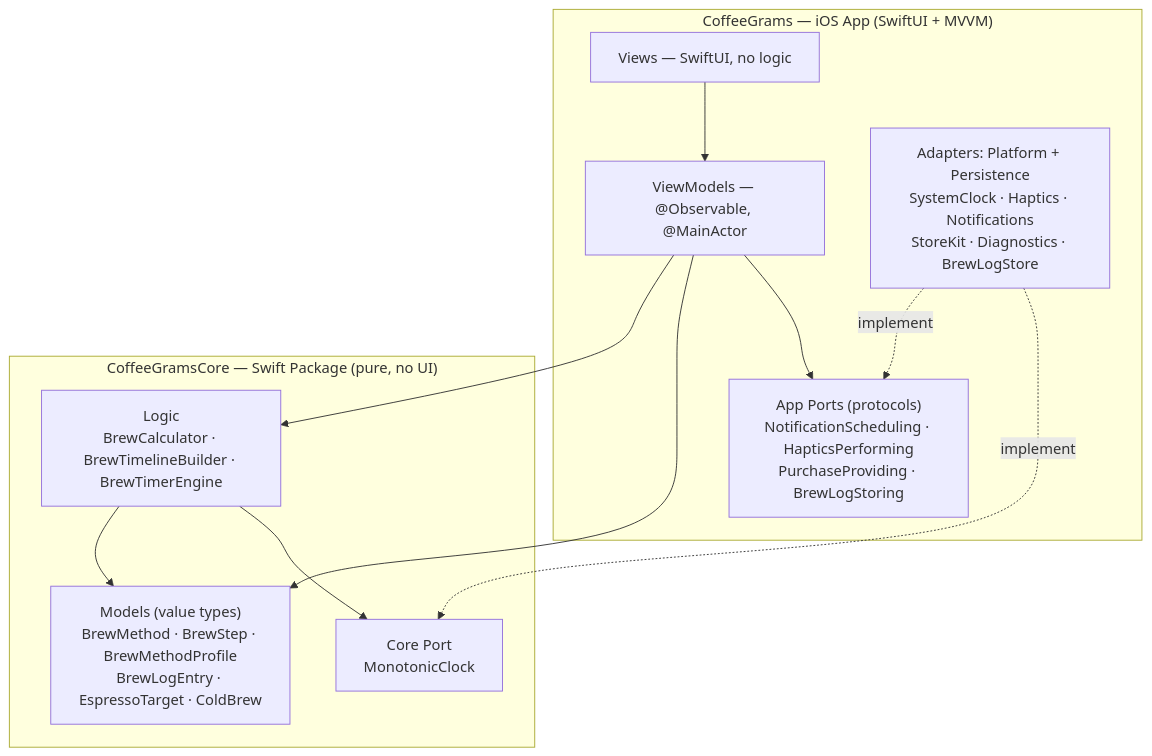
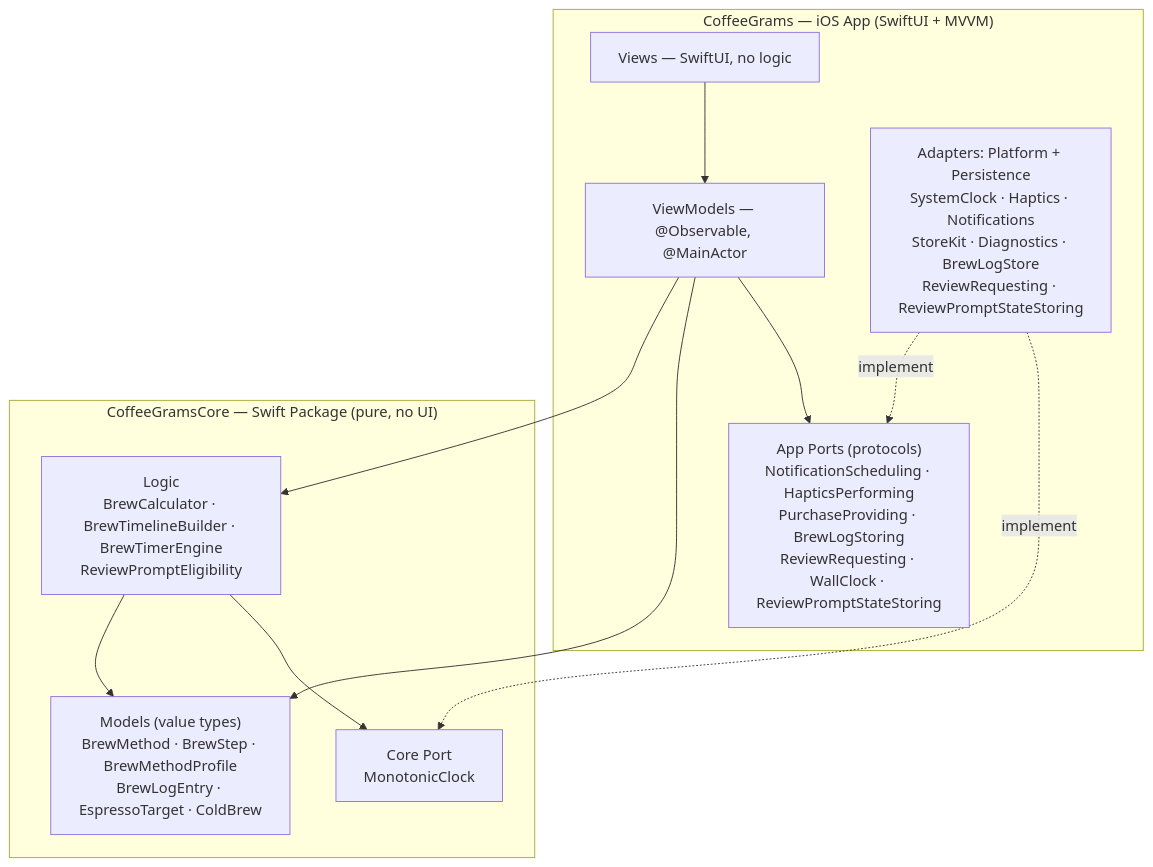
One commit to JayReece313/coffeegrams changed the first of 3 diagrams in ARCHITECTURE.md. Above: the diagram before and after it, drawn with Mermaid. The commit also changed other lines of this file, not shown here.

First line of the commit message:
Update ARCHITECTURE.md for 1.1 + 1.2 — it hadn't been touched since 1.0

````diff
--- a/ARCHITECTURE.md
+++ b/ARCHITECTURE.md
@@ -33,24 +36,24 @@
 ```mermaid
 graph TD
     subgraph AppLayer["CoffeeGrams — iOS App (SwiftUI + MVVM)"]
         Views["Views — SwiftUI, no logic"]
         VMs["ViewModels — @Observable, @MainActor"]
-        Adapters["Adapters: Platform + Persistence<br/>SystemClock · Haptics · Notifications<br/>StoreKit · Diagnostics · BrewLogStore"]
-        AppPorts["App Ports (protocols)<br/>NotificationScheduling · HapticsPerforming<br/>PurchaseProviding · BrewLogStoring"]
+        Adapters["Adapters: Platform + Persistence<br/>SystemClock · Haptics · Notifications<br/>StoreKit · Diagnostics · BrewLogStore<br/>ReviewRequesting · ReviewPromptStateStoring"]
+        AppPorts["App Ports (protocols)<br/>NotificationScheduling · HapticsPerforming<br/>PurchaseProviding · BrewLogStoring<br/>ReviewRequesting · WallClock · ReviewPromptStateStoring"]
     end
 
     subgraph CoreLayer["CoffeeGramsCore — Swift Package (pure, no UI)"]
         Models["Models (value types)<br/>BrewMethod · BrewStep · BrewMethodProfile<br/>BrewLogEntry · EspressoTarget · ColdBrew"]
-        Logic["Logic<br/>BrewCalculator · BrewTimelineBuilder · BrewTimerEngine"]
+        Logic["Logic<br/>BrewCalculator · BrewTimelineBuilder · BrewTimerEngine<br/>ReviewPromptEligibility"]
         CorePort["Core Port<br/>MonotonicClock"]
     end
 
     Views --> VMs
     VMs --> Logic
     VMs --> Models
     VMs --> AppPorts
     Adapters -. implement .-> AppPorts
     Adapters -. implement .-> CorePort
     Logic --> Models
     Logic --> CorePort
 ```
````
